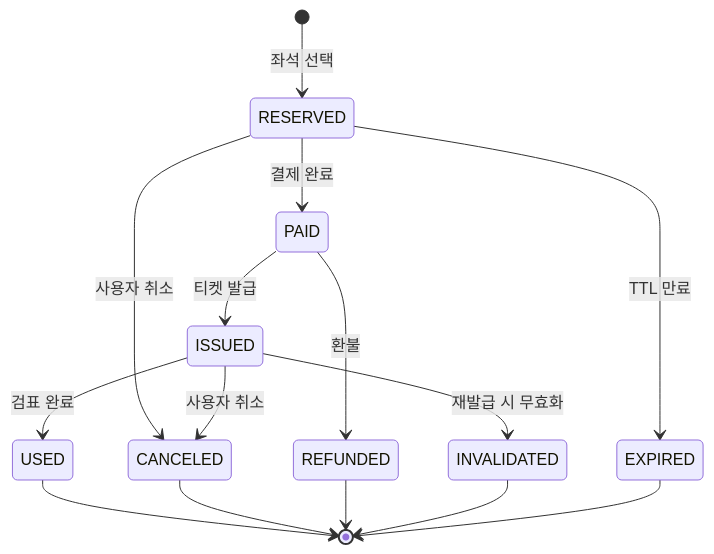
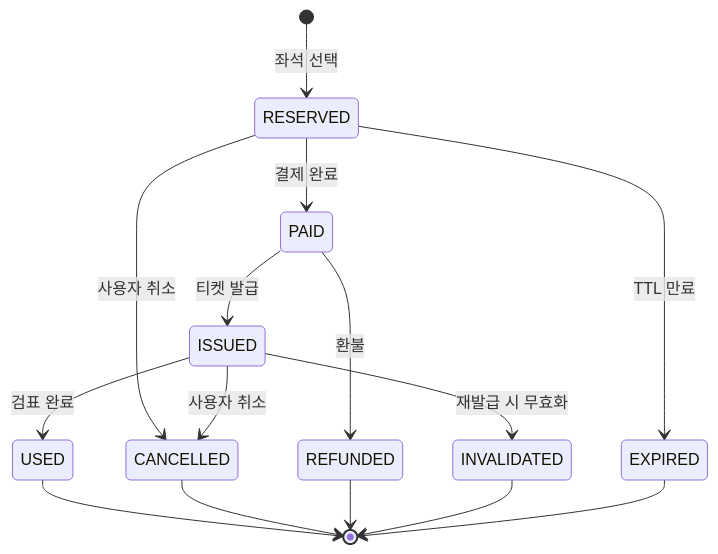
Before and after one commit to a5a030/ticket-reservation: the diagram in docs/diagram/ticket-status.md, drawn with Mermaid. The commit also changed other lines of this file and 1 other file, not shown here.

````diff
--- a/docs/diagram/ticket-status.md
+++ b/docs/diagram/ticket-status.md
@@ -2,20 +2,20 @@
 ```mermaid
 stateDiagram-v2
     [*] --> RESERVED : 좌석 선택
     RESERVED --> PAID : 결제 완료
     RESERVED --> EXPIRED : TTL 만료
-    RESERVED --> CANCELED : 사용자 취소
+    RESERVED --> CANCELLED : 사용자 취소
 
     PAID --> ISSUED : 티켓 발급
     PAID --> REFUNDED : 환불
 
     ISSUED --> USED : 검표 완료
-    ISSUED --> CANCELED : 사용자 취소
+    ISSUED --> CANCELLED : 사용자 취소
     ISSUED --> INVALIDATED : 재발급 시 무효화
 
     USED --> [*]
-    CANCELED --> [*]
+    CANCELLED --> [*]
     REFUNDED --> [*]
     INVALIDATED --> [*]
     EXPIRED --> [*]
 ```
````
